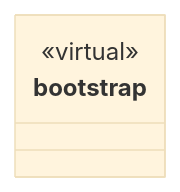
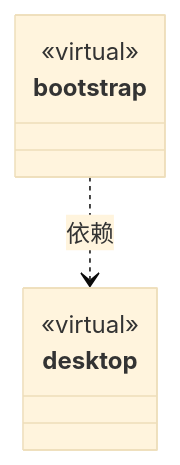
Before and after one commit to nan023062/cbim: the second of 2 diagrams in src/bridge/server/ARCHITECTURE.md, drawn with Mermaid (base theme). The commit also changed other lines of this file and 374 other files, not shown here.

````diff
--- a/src/bridge/server/ARCHITECTURE.md
+++ b/src/bridge/server/ARCHITECTURE.md
@@ -63,7 +63,12 @@
 ```mermaid
 classDiagram
 class N_efcc6effcb00["bootstrap"] {
   <<virtual>>
 }
 click N_efcc6effcb00 href "bootstrap/ARCHITECTURE.md"
+class N_a4e76f139ed6["desktop"] {
+  <<virtual>>
+}
+click N_a4e76f139ed6 href "desktop/ARCHITECTURE.md"
+N_efcc6effcb00 ..> N_a4e76f139ed6 : 依赖
 ```
````
